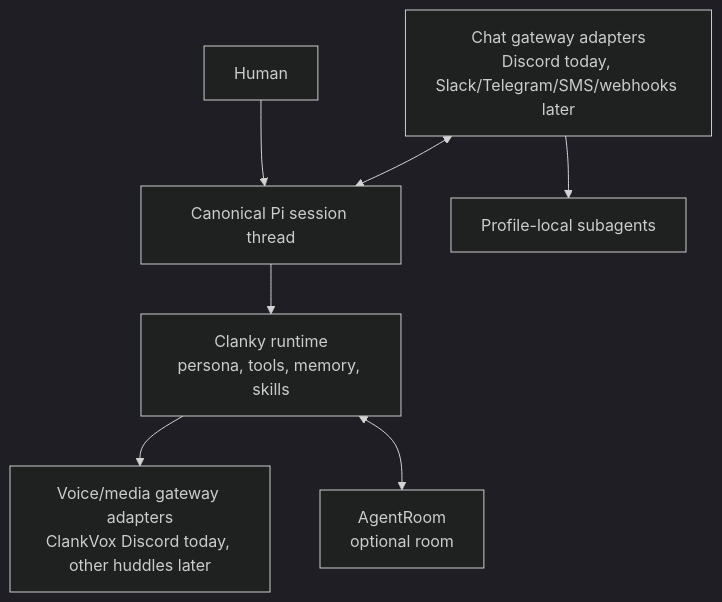
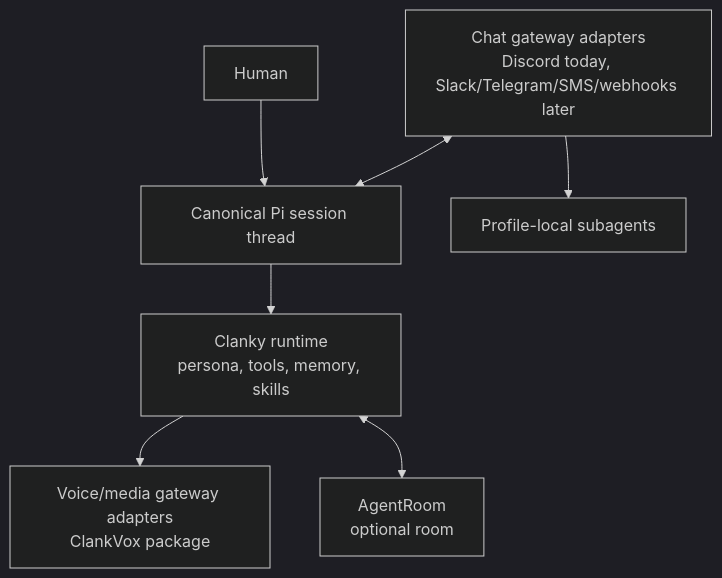
Before and after one commit to Volpestyle/clanky: the diagram in docs/communication-gateways.md, drawn with Mermaid (dark theme). The commit also changed other lines of this file and 18 other files, not shown here.

Commit message:
Align ClankVox voice media framing

````diff
--- a/docs/communication-gateways.md
+++ b/docs/communication-gateways.md
@@ -10,17 +10,17 @@
 ```mermaid
 flowchart TB
   human["Human"]
   thread["Canonical Pi session thread"]
   clanky["Clanky runtime<br/>persona, tools, memory, skills"]
   chat["Chat gateway adapters<br/>Discord today, Slack/Telegram/SMS/webhooks later"]
-  media["Voice/media gateway adapters<br/>ClankVox Discord today, other huddles later"]
+  media["Voice/media gateway adapters<br/>ClankVox package"]
   subagents["Profile-local subagents"]
   room["AgentRoom<br/>optional room"]
 
   human --> thread
   thread --> clanky
   chat <--> thread
   chat --> subagents
   clanky --> media
   clanky <--> room
 ```
````
